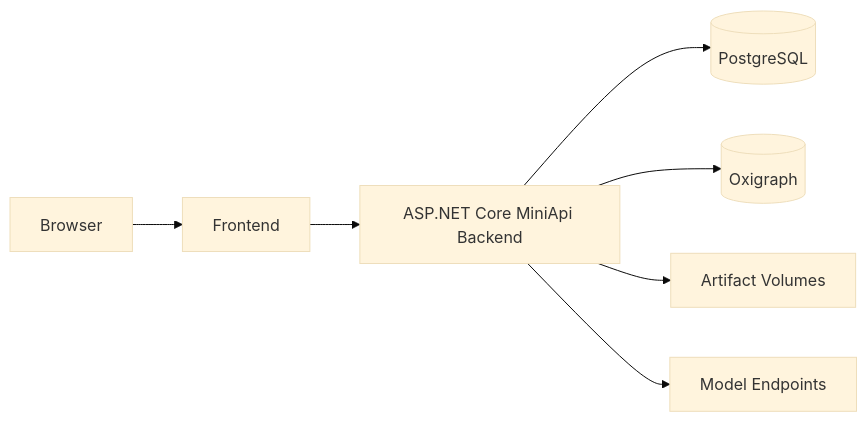
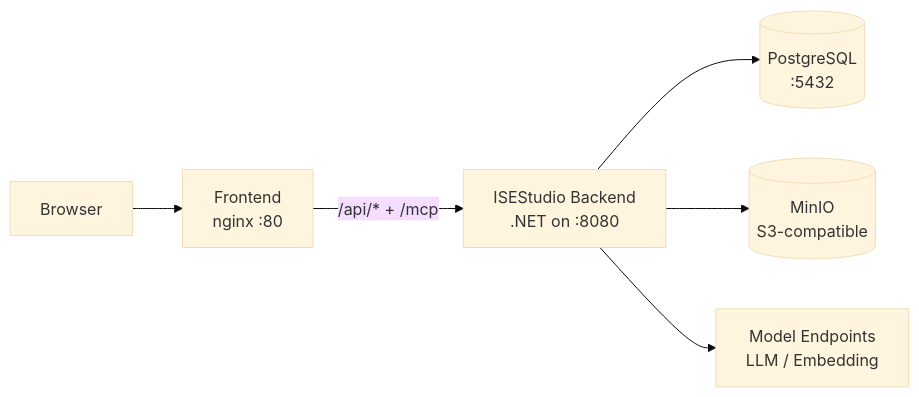
One commit to mlnethub/isestudio changed the diagram in frontend/src/content/docs/zh-CN/deployment.md. Above: the diagram before and after it, drawn with Mermaid (base theme). The commit also changed other lines of this file and 1 other file, not shown here.

````diff
--- a/frontend/src/content/docs/zh-CN/deployment.md
+++ b/frontend/src/content/docs/zh-CN/deployment.md
@@ -19,9 +38,8 @@
 ```mermaid
 flowchart LR
-    U[Browser] --> F[Frontend]
-    F --> B[ASP.NET Core MiniApi Backend]
-    B --> P[(PostgreSQL)]
-    B --> O[(Oxigraph)]
-    B --> A[Artifact Volumes]
-    B --> M[Model Endpoints]
+    U[Browser] --> F[Frontend<br/>nginx :80]
+    F -- "/api/* + /mcp" --> B[ISEStudio Backend<br/>.NET on :8080]
+    B --> P[(PostgreSQL<br/>:5432)]
+    B --> M[(MinIO<br/>S3-compatible)]
+    B --> X[Model Endpoints<br/>LLM / Embedding]
 ```
````
